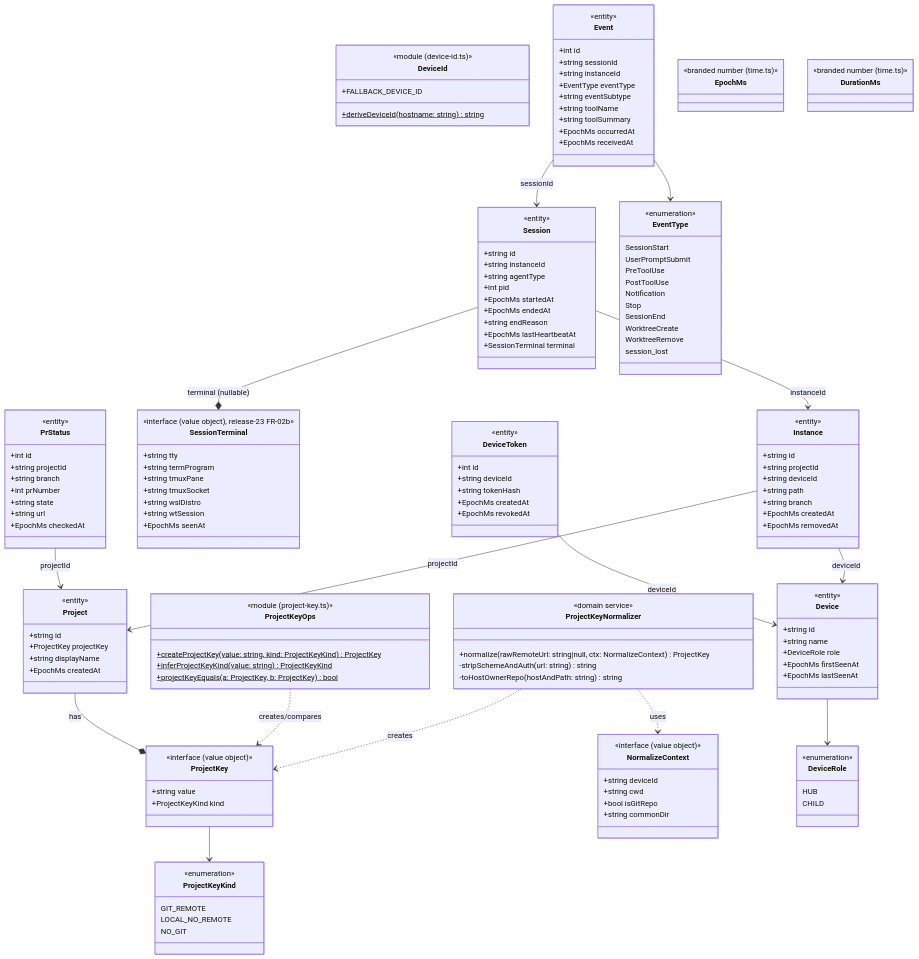
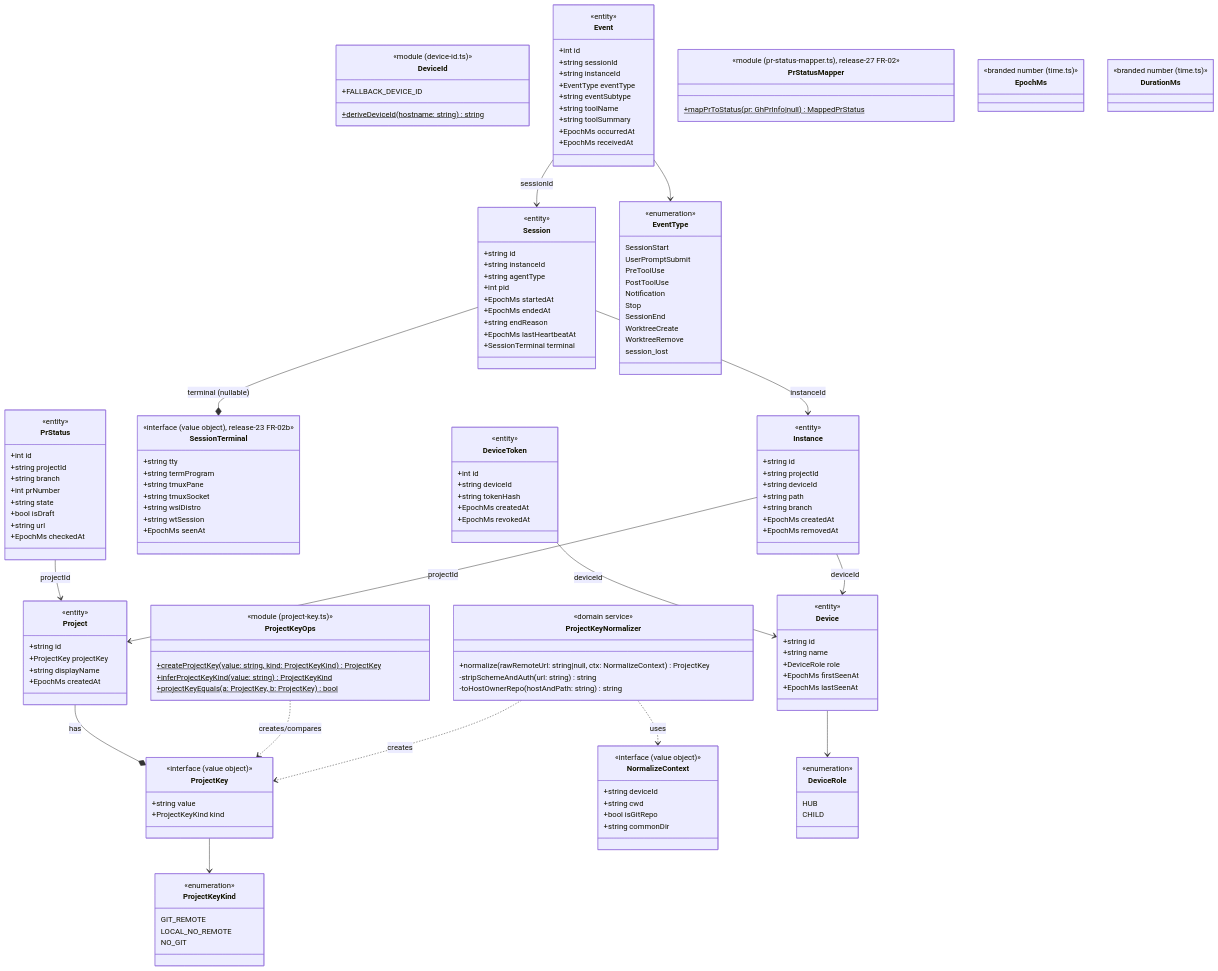
The first of 4 diagrams in docs/design/class-diagram.md (sumihiro3/Monomi), drawn with Mermaid before and after one commit. The commit also changed other lines of this file and 4 other files, not shown here.

First line of the commit message:
docs: release-27-github-pr-poller の実装差分をARCHITECTURE.md・README・クラス図・CHANGELOGに同期する

```diff
--- a/docs/design/class-diagram.md
+++ b/docs/design/class-diagram.md
@@ -139,8 +139,13 @@
     +string branch
     +int prNumber
     +string state
+    +bool isDraft
     +string url
     +EpochMs checkedAt
+  }
+  class PrStatusMapper {
+    <<module (pr-status-mapper.ts), release-27 FR-02>>
+    +mapPrToStatus(pr: GhPrInfo|null) MappedPrStatus$
   }
   class EpochMs {
     <<branded number (time.ts)>>
```
